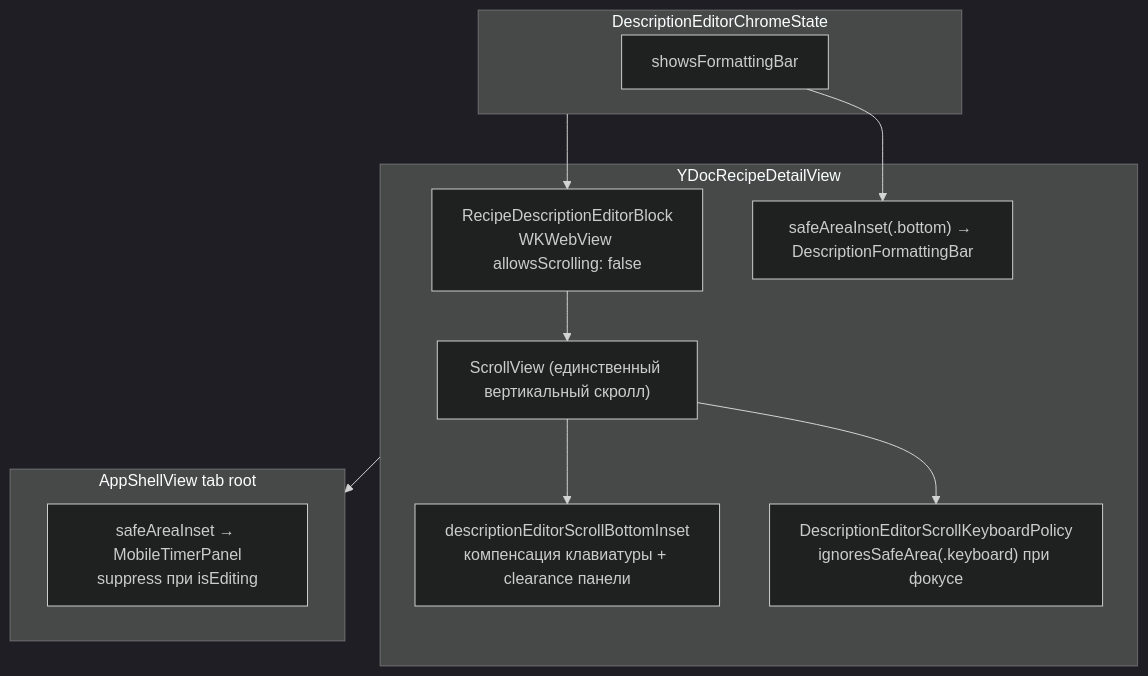
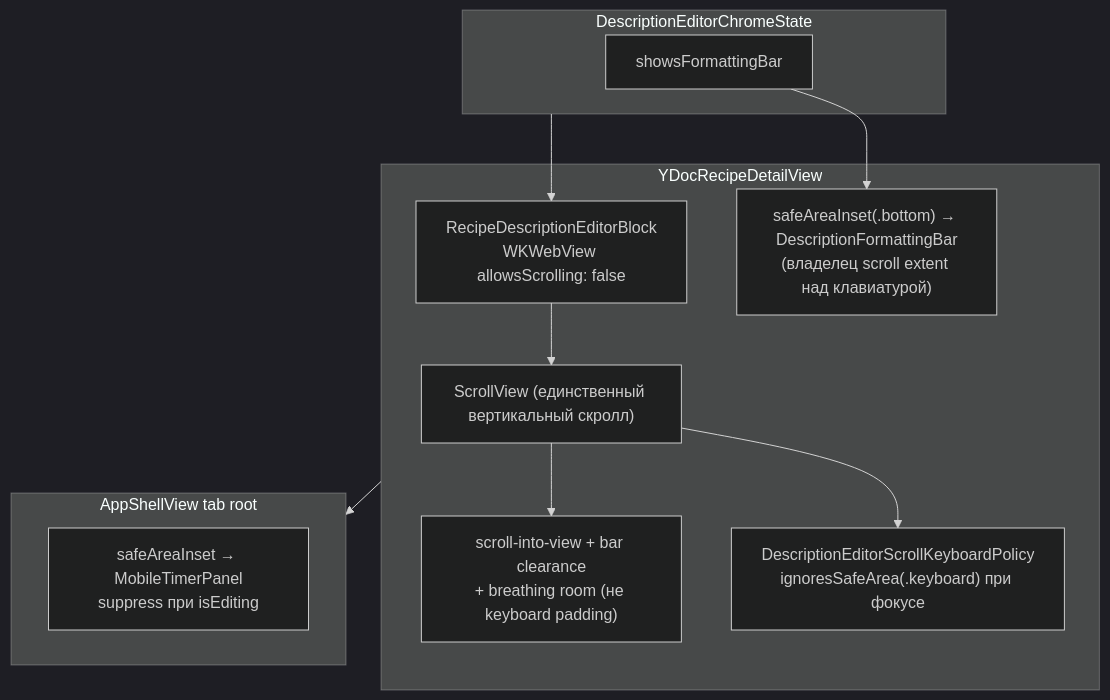
One commit to mikeozornin/recipe-scaler-native changed the diagram in docs/UI.md. Above: the diagram before and after it, drawn with Mermaid (dark theme). The commit also changed other lines of this file and 3 other files, not shown here.

First line of the commit message:
fix(ui): keep description editor scrollable above keyboard without a tall gap

````diff
--- a/docs/UI.md
+++ b/docs/UI.md
@@ -215,22 +215,22 @@
 ```mermaid
 flowchart TB
     subgraph detail["YDocRecipeDetailView"]
         SV["ScrollView (единственный вертикальный скролл)"]
         RDE["RecipeDescriptionEditorBlock<br/>WKWebView allowsScrolling: false"]
-        KBP["descriptionEditorScrollBottomInset<br/>компенсация клавиатуры + clearance панели"]
+        KBP["scroll-into-view + bar clearance<br/>+ breathing room (не keyboard padding)"]
         KPOL["DescriptionEditorScrollKeyboardPolicy<br/>ignoresSafeArea(.keyboard) при фокусе"]
-        BAR["safeAreaInset(.bottom) → DescriptionFormattingBar"]
+        BAR["safeAreaInset(.bottom) → DescriptionFormattingBar<br/>(владелец scroll extent над клавиатурой)"]
     end
     subgraph chrome["DescriptionEditorChromeState"]
         SHOW["showsFormattingBar"]
     end
     subgraph tab["AppShellView tab root"]
         TIMER["safeAreaInset → MobileTimerPanel<br/>suppress при isEditing"]
     end
     RDE --> SV
     SV --> KBP
     SV --> KPOL
     SHOW --> BAR
     chrome --> RDE
     detail --> tab
 ```
````
